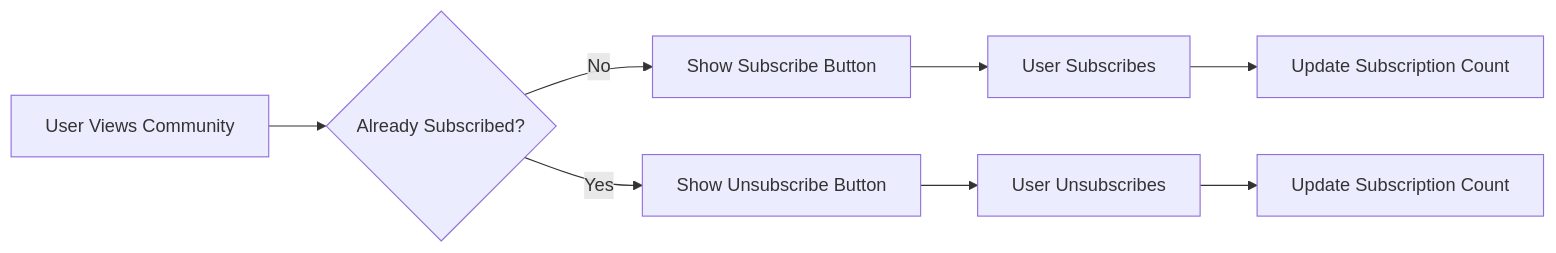
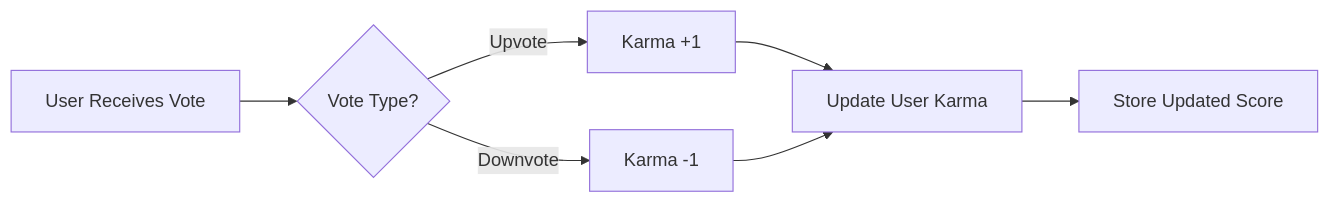
One commit to wrtnlabs/autobe-examples changed the diagram in deepseek/deepseek-v3.1-terminus-exacto/reddit/docs/analysis/03-user-profile-management.md. Above: the diagram before and after it, drawn with Mermaid. The commit also changed other lines of this file and 11104 other files, not shown here.

````diff
--- a/deepseek/deepseek-v3.1-terminus-exacto/reddit/docs/analysis/03-user-profile-management.md
+++ b/deepseek/deepseek-v3.1-terminus-exacto/reddit/docs/analysis/03-user-profile-management.md
@@ -117,10 +112,9 @@
 ```mermaid
 graph LR
-  A["User Views Community"] --> B{"Already Subscribed?"}
-  B -->|"No"| C["Show Subscribe Button"]
-  B -->|"Yes"| D["Show Unsubscribe Button"]
-  C --> E["User Subscribes"]
-  E --> F["Update Subscription Count"]
-  D --> G["User Unsubscribes"]
-  G --> H["Update Subscription Count"]
+  A["User Receives Vote"] --> B{"Vote Type?"}
+  B -->|"Upvote"| C["Karma +1"]
+  B -->|"Downvote"| D["Karma -1"]
+  C --> E["Update User Karma"]
+  D --> E
+  E --> F["Store Updated Score"]
 ```
````
